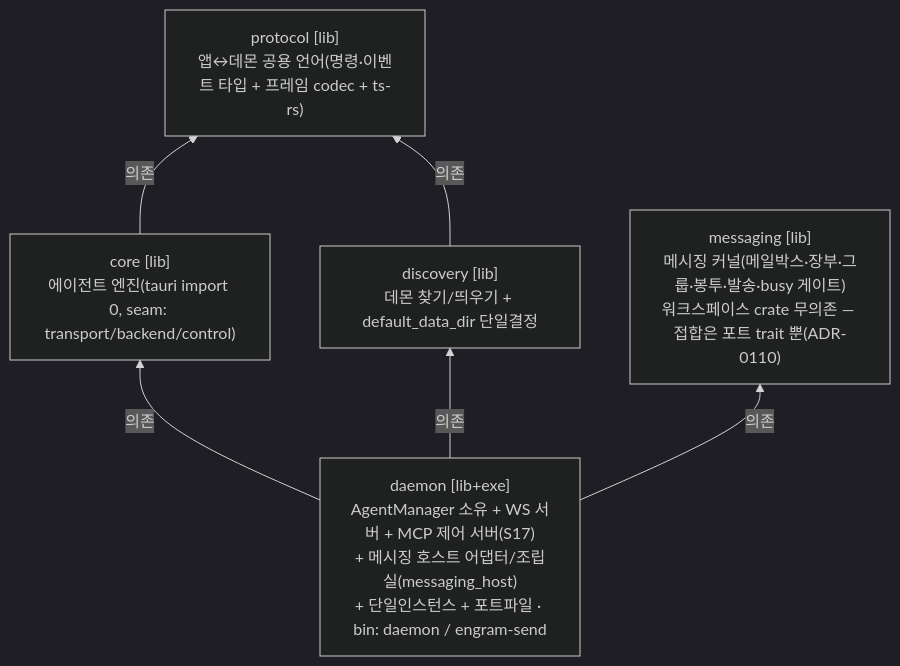
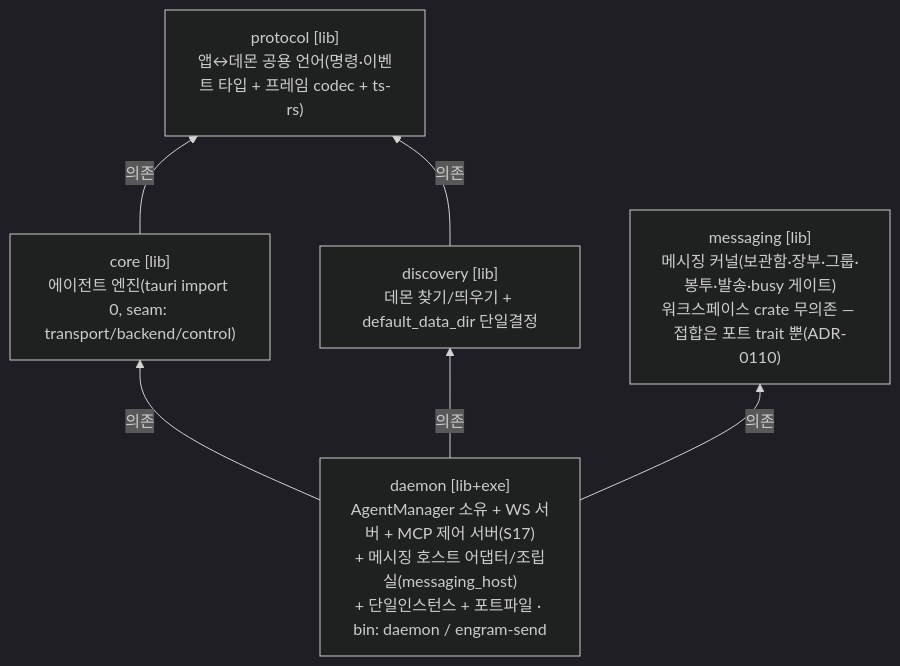
One commit to kimsunzun/engram-dashboard changed the third of 20 diagrams in docs/reference/architecture-overview.md. Above: the diagram before and after it, drawn with Mermaid (dark theme). The commit also changed other lines of this file and 1 other file, not shown here.

First line of the commit message:
docs: architecture-overview 메시징(S18) 편입 — 공개 드리프트 해소 (/review doc 2인 취합 19건 반영)

````diff
--- a/docs/reference/architecture-overview.md
+++ b/docs/reference/architecture-overview.md
@@ -152,14 +157,14 @@
 ```mermaid
 flowchart BT
   protocol["protocol [lib]<br/>앱↔데몬 공용 언어(명령·이벤트 타입 + 프레임 codec + ts-rs)"]
   core["core [lib]<br/>에이전트 엔진(tauri import 0, seam: transport/backend/control)"]
   discovery["discovery [lib]<br/>데몬 찾기/띄우기 + default_data_dir 단일결정"]
-  messaging["messaging [lib]<br/>메시징 커널(메일박스·장부·그룹·봉투·발송·busy 게이트)<br/>워크스페이스 crate 무의존 — 접합은 포트 trait 뿐(ADR-0110)"]
+  messaging["messaging [lib]<br/>메시징 커널(보관함·장부·그룹·봉투·발송·busy 게이트)<br/>워크스페이스 crate 무의존 — 접합은 포트 trait 뿐(ADR-0110)"]
   daemon["daemon [lib+exe]<br/>AgentManager 소유 + WS 서버 + MCP 제어 서버(S17)<br/>+ 메시징 호스트 어댑터/조립실(messaging_host)<br/>+ 단일인스턴스 + 포트파일 · bin: daemon / engram-send"]
 
   core -->|"의존"| protocol
   daemon -->|"의존"| core
   discovery -->|"의존"| protocol
   daemon -->|"의존"| discovery
   daemon -->|"의존"| messaging
 ```
````
